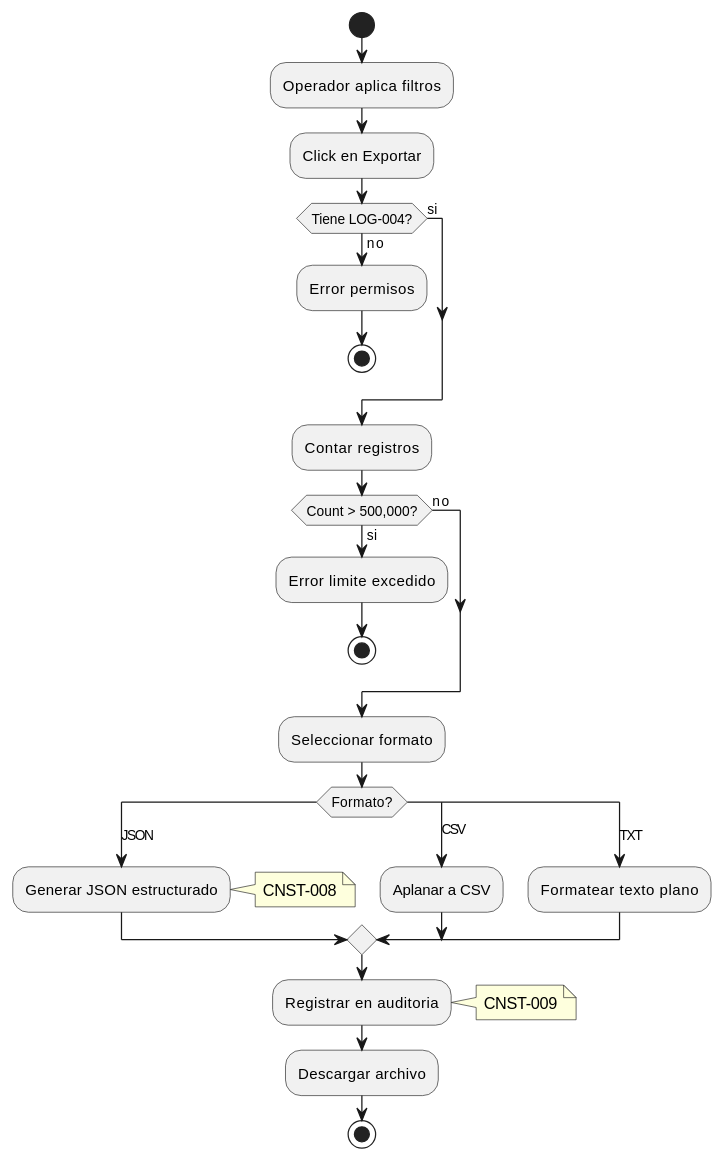
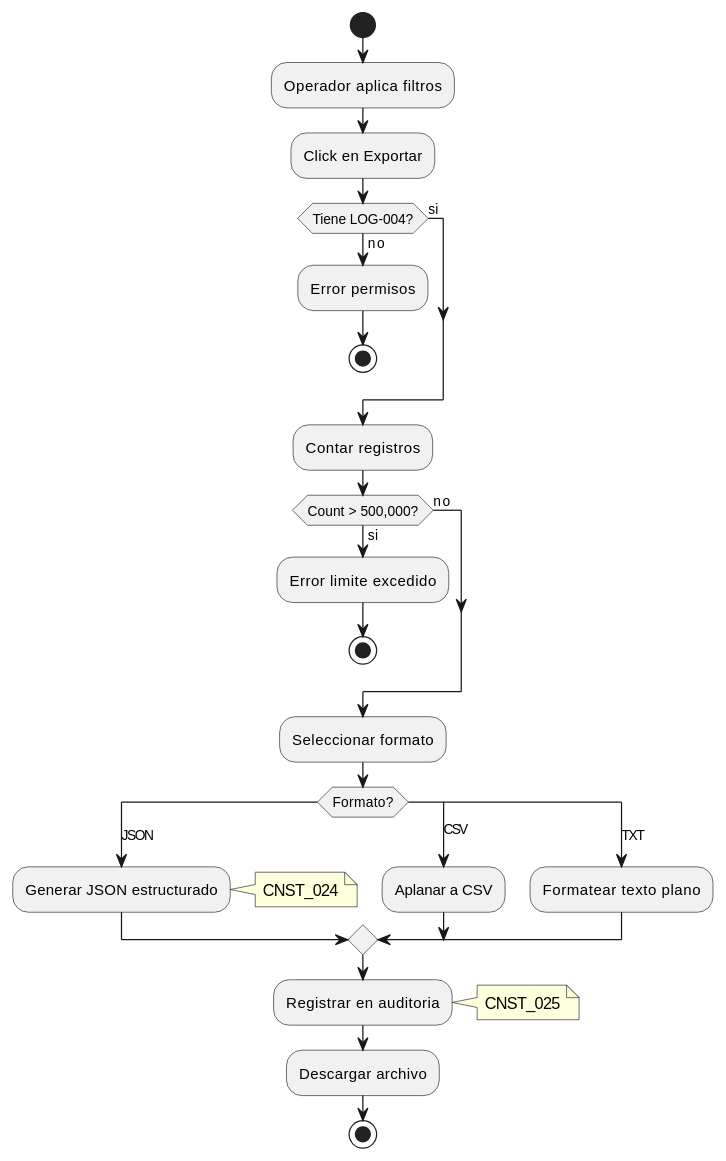
The third of 3 diagrams in source/requisitos/casos_uso/logs/UC_LOG_04_Exportar_Logs.rst (jcg-admin/IACT-docs), drawn with PlantUML before and after one commit. The commit also changed other lines of this file and 67 other files, not shown here.

```diff
--- a/source/requisitos/casos_uso/logs/UC_LOG_04_Exportar_Logs.rst
+++ b/source/requisitos/casos_uso/logs/UC_LOG_04_Exportar_Logs.rst
@@ -305,41 +305,41 @@
 .. uml::
    :caption: Diagrama de Actividad - UC_LOG_04
 
    @startuml
    start
    :Operador aplica filtros;
    :Click en Exportar;
 
    if (Tiene LOG-004?) then (no)
      :Error permisos;
      stop
    else (si)
    endif
 
    :Contar registros;
 
    if (Count > 500,000?) then (si)
      :Error limite excedido;
      stop
    else (no)
    endif
 
    :Seleccionar formato;
 
    switch (Formato?)
    case (JSON)
      :Generar JSON estructurado;
-     note right: CNST-008
+     note right: CNST_024
    case (CSV)
      :Aplanar a CSV;
    case (TXT)
      :Formatear texto plano;
    endswitch
 
    :Registrar en auditoria;
-   note right: CNST-009
+   note right: CNST_025
 
    :Descargar archivo;
 
    stop
    @enduml
```
